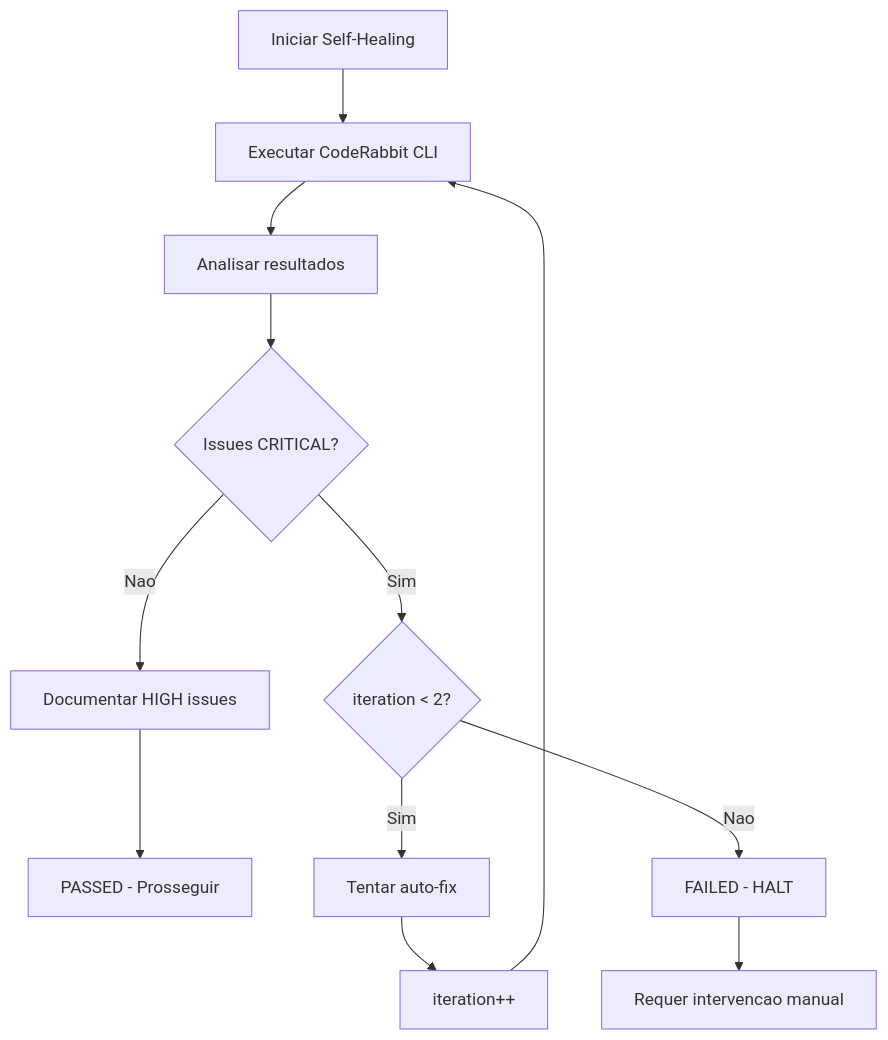
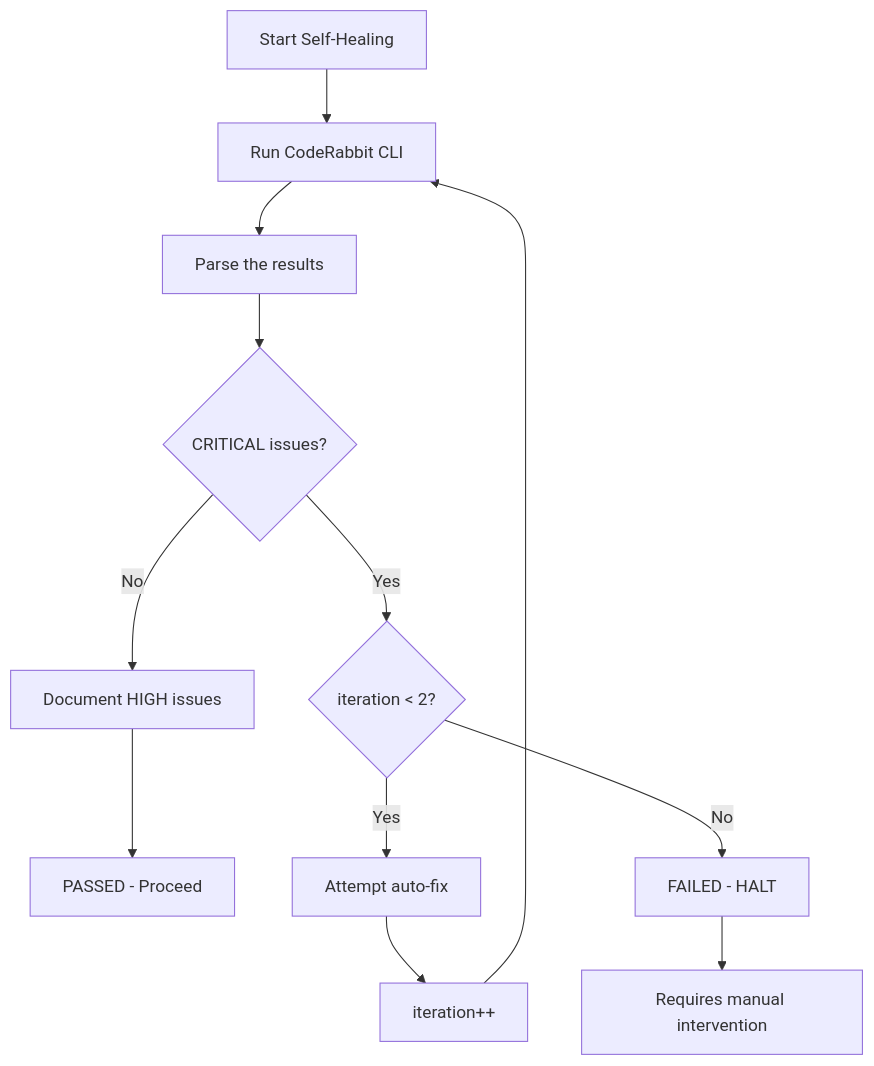
Before and after one commit to CyryxLabs/AEXOS: the fifth of 7 diagrams in docs/guides/workflows/STORY-DEVELOPMENT-CYCLE-WORKFLOW.md, drawn with Mermaid. The commit also changed other lines of this file and 528 other files, not shown here.

````diff
--- a/docs/guides/workflows/STORY-DEVELOPMENT-CYCLE-WORKFLOW.md
+++ b/docs/guides/workflows/STORY-DEVELOPMENT-CYCLE-WORKFLOW.md
@@ -331,14 +331,14 @@
 ```mermaid
 flowchart TD
-    START[Iniciar Self-Healing] --> RUN[Executar CodeRabbit CLI]
-    RUN --> PARSE[Analisar resultados]
-    PARSE --> CHECK{Issues CRITICAL?}
-    CHECK -->|Nao| DOC[Documentar HIGH issues]
-    DOC --> PASS[PASSED - Prosseguir]
-    CHECK -->|Sim| ITER{iteration < 2?}
-    ITER -->|Sim| FIX[Tentar auto-fix]
+    START[Start Self-Healing] --> RUN[Run CodeRabbit CLI]
+    RUN --> PARSE[Parse the results]
+    PARSE --> CHECK{CRITICAL issues?}
+    CHECK -->|No| DOC[Document HIGH issues]
+    DOC --> PASS[PASSED - Proceed]
+    CHECK -->|Yes| ITER{iteration < 2?}
+    ITER -->|Yes| FIX[Attempt auto-fix]
     FIX --> INCREMENT[iteration++]
     INCREMENT --> RUN
-    ITER -->|Nao| FAIL[FAILED - HALT]
-    FAIL --> MANUAL[Requer intervencao manual]
+    ITER -->|No| FAIL[FAILED - HALT]
+    FAIL --> MANUAL[Requires manual intervention]
 ```
````
